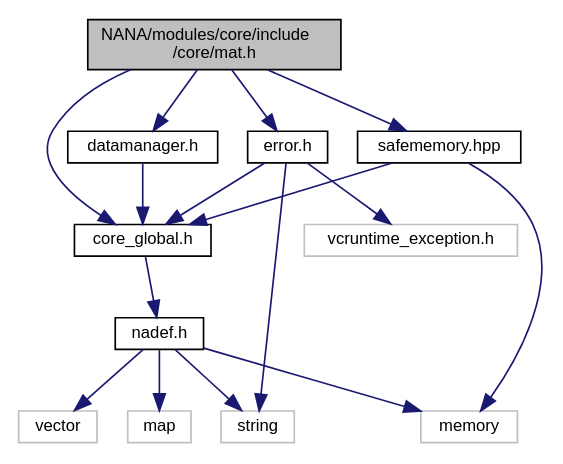
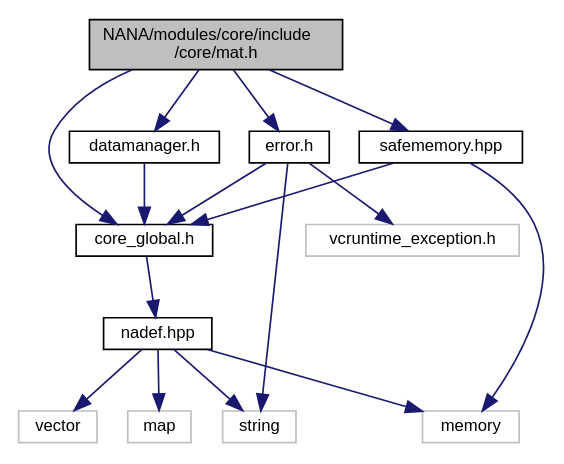
One commit to YuruTu/NANA changed the diagram in docs/mat_8h__incl.dot. Above: the diagram before and after it, drawn with Graphviz. The commit also changed 194 other files, not shown here.

```diff
--- a/docs/mat_8h__incl.dot
+++ b/docs/mat_8h__incl.dot
@@ -1,32 +1,32 @@
 digraph "NANA/modules/core/include/core/mat.h"
 {
  // LATEX_PDF_SIZE
   edge [fontname="Helvetica",fontsize="10",labelfontname="Helvetica",labelfontsize="10"];
   node [fontname="Helvetica",fontsize="10",shape=record];
   Node1 [label="NANA/modules/core/include\l/core/mat.h",height=0.2,width=0.4,color="black", fillcolor="grey75", style="filled", fontcolor="black",tooltip="实现一个用于矩阵运算的模板类(仍在实现当中)"];
   Node1 -> Node2 [color="midnightblue",fontsize="10",style="solid",fontname="Helvetica"];
   Node2 [label="core_global.h",height=0.2,width=0.4,color="black", fillcolor="white", style="filled",URL="$core__global_8h.html",tooltip="全局头文件"];
   Node2 -> Node3 [color="midnightblue",fontsize="10",style="solid",fontname="Helvetica"];
-  Node3 [label="nadef.h",height=0.2,width=0.4,color="black", fillcolor="white", style="filled",URL="$nadef_8h.html",tooltip="数值分析所依赖的定义"];
+  Node3 [label="nadef.hpp",height=0.2,width=0.4,color="black", fillcolor="white", style="filled",URL="$nadef_8hpp_source.html",tooltip=" "];
   Node3 -> Node4 [color="midnightblue",fontsize="10",style="solid",fontname="Helvetica"];
   Node4 [label="vector",height=0.2,width=0.4,color="grey75", fillcolor="white", style="filled",tooltip=" "];
   Node3 -> Node5 [color="midnightblue",fontsize="10",style="solid",fontname="Helvetica"];
   Node5 [label="string",height=0.2,width=0.4,color="grey75", fillcolor="white", style="filled",tooltip=" "];
   Node3 -> Node6 [color="midnightblue",fontsize="10",style="solid",fontname="Helvetica"];
   Node6 [label="map",height=0.2,width=0.4,color="grey75", fillcolor="white", style="filled",tooltip=" "];
   Node3 -> Node7 [color="midnightblue",fontsize="10",style="solid",fontname="Helvetica"];
   Node7 [label="memory",height=0.2,width=0.4,color="grey75", fillcolor="white", style="filled",tooltip=" "];
   Node1 -> Node8 [color="midnightblue",fontsize="10",style="solid",fontname="Helvetica"];
   Node8 [label="error.h",height=0.2,width=0.4,color="black", fillcolor="white", style="filled",URL="$error_8h.html",tooltip="用于抛出异常"];
   Node8 -> Node2 [color="midnightblue",fontsize="10",style="solid",fontname="Helvetica"];
   Node8 -> Node9 [color="midnightblue",fontsize="10",style="solid",fontname="Helvetica"];
   Node9 [label="vcruntime_exception.h",height=0.2,width=0.4,color="grey75", fillcolor="white", style="filled",tooltip=" "];
   Node8 -> Node5 [color="midnightblue",fontsize="10",style="solid",fontname="Helvetica"];
   Node1 -> Node10 [color="midnightblue",fontsize="10",style="solid",fontname="Helvetica"];
   Node10 [label="datamanager.h",height=0.2,width=0.4,color="black", fillcolor="white", style="filled",URL="$datamanager_8h.html",tooltip="实现一个数据管理器"];
   Node10 -> Node2 [color="midnightblue",fontsize="10",style="solid",fontname="Helvetica"];
   Node1 -> Node11 [color="midnightblue",fontsize="10",style="solid",fontname="Helvetica"];
   Node11 [label="safememory.hpp",height=0.2,width=0.4,color="black", fillcolor="white", style="filled",URL="$safememory_8hpp.html",tooltip="实现安全的内存管理"];
   Node11 -> Node2 [color="midnightblue",fontsize="10",style="solid",fontname="Helvetica"];
   Node11 -> Node7 [color="midnightblue",fontsize="10",style="solid",fontname="Helvetica"];
 }
```
